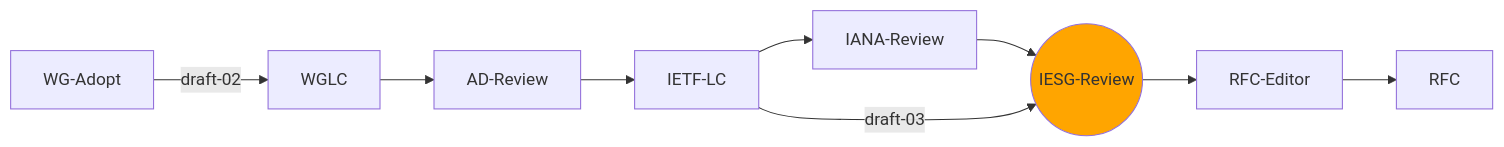
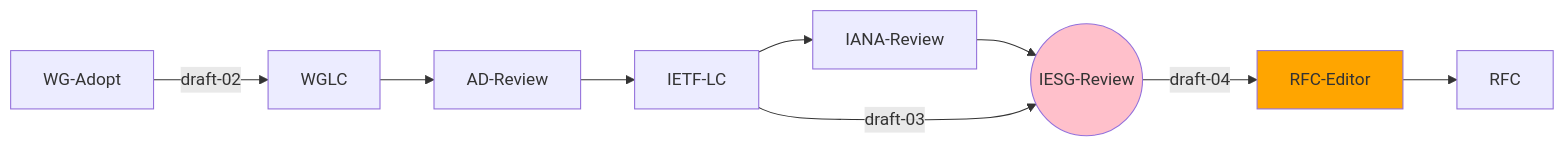
Before and after one commit to ietf-wg-httpapi/ietf-wg-httpapi.github.io: the first of 12 diagrams in index.md, drawn with Mermaid. The commit also changed other lines of this file, not shown here.

Commit message:
Updated for IETF120

````diff
--- a/index.md
+++ b/index.md
@@ -24,17 +24,18 @@
 ```mermaid
 graph LR
     classDef current fill:orange
     classDef lastIETF fill:pink
 
     WG-Adopt --draft-02--> WGLC
     WGLC --> AD-Review
     AD-Review --> IETF-LC
     IETF-LC --> IANA-Review
     IANA-Review --> IESG-Review((IESG-Review))
     IETF-LC --draft-03--> IESG-Review
-    IESG-Review --> RFC-Editor
+    IESG-Review --draft-04--> RFC-Editor
     RFC-Editor --> RFC   
 
-    class IESG-Review current
+    class IESG-Review lastIETF
+    class RFC-Editor current
 
 ```
````
